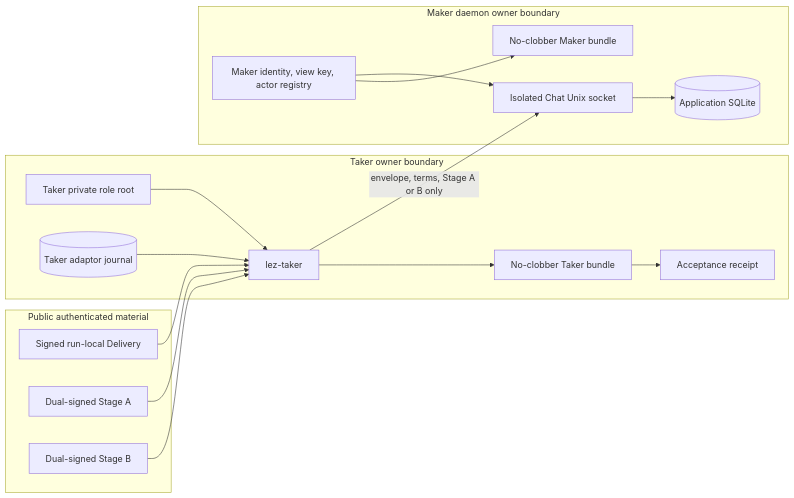
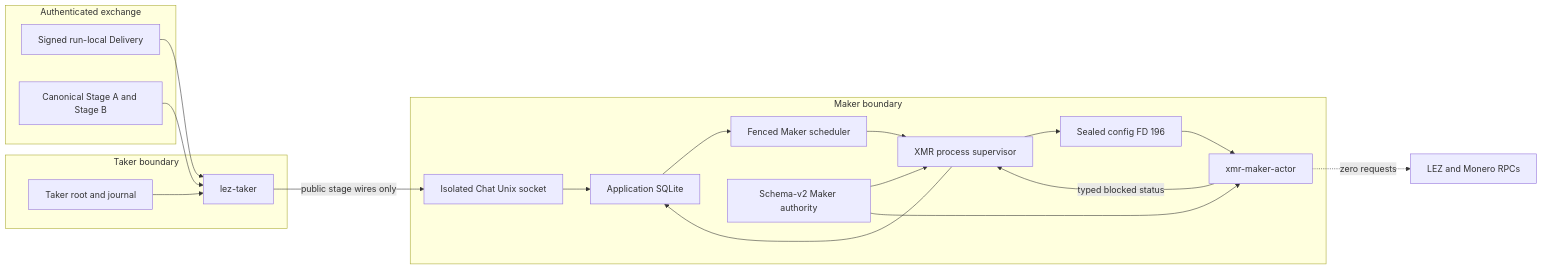
One commit to gateway-fm/lez-atomic-swaps changed the first of 3 diagrams in docs/architecture/0113-hand-off-xmr-stage-material-by-role.md. Above: the diagram before and after it, drawn with Mermaid. The commit also changed other lines of this file and 19 other files, not shown here.

Commit message:
feat(m5): supervise sealed XMR authority

````diff
--- a/docs/architecture/0113-hand-off-xmr-stage-material-by-role.md
+++ b/docs/architecture/0113-hand-off-xmr-stage-material-by-role.md
@@ -57,35 +85,37 @@
 ```mermaid
 flowchart LR
-    subgraph TakerHost["Taker owner boundary"]
+    subgraph TakerHost["Taker boundary"]
         TakerCli["lez-taker"]
-        TakerRoot["Taker private role root"]
-        TakerJournal[("Taker adaptor journal")]
-        TakerBundle["No-clobber Taker bundle"]
-        Receipt["Acceptance receipt"]
+        TakerAuthority["Taker root and journal"]
     end
 
-    subgraph PublicExchange["Public authenticated material"]
+    subgraph Exchange["Authenticated exchange"]
         Delivery["Signed run-local Delivery"]
-        StageA["Dual-signed Stage A"]
-        StageB["Dual-signed Stage B"]
+        Stages["Canonical Stage A and Stage B"]
     end
 
-    subgraph MakerHost["Maker daemon owner boundary"]
+    subgraph MakerHost["Maker boundary"]
         Chat["Isolated Chat Unix socket"]
-        MakerAuthority["Maker identity, view key, actor registry"]
-        MakerStore[("Application SQLite")]
-        MakerBundle["No-clobber Maker bundle"]
+        Store["Application SQLite"]
+        Scheduler["Fenced Maker scheduler"]
+        Supervisor["XMR process supervisor"]
+        Memfd["Sealed config FD 196"]
+        Actor["xmr-maker-actor"]
+        Authority["Schema-v2 Maker authority"]
     end
 
     Delivery --> TakerCli
-    TakerRoot --> TakerCli
-    TakerJournal --> TakerCli
-    StageA --> TakerCli
-    StageB --> TakerCli
-    TakerCli -->|"envelope, terms, Stage A or B only"| Chat
-    MakerAuthority --> Chat
-    Chat --> MakerStore
-    TakerCli --> TakerBundle
-    TakerBundle --> Receipt
-    MakerAuthority --> MakerBundle
+    Stages --> TakerCli
+    TakerAuthority --> TakerCli
+    TakerCli -->|"public stage wires only"| Chat
+    Chat --> Store
+    Store --> Scheduler
+    Authority --> Supervisor
+    Scheduler --> Supervisor
+    Supervisor --> Memfd
+    Memfd --> Actor
+    Authority --> Actor
+    Actor -->|"typed blocked status"| Supervisor
+    Supervisor --> Store
+    Actor -.->|"zero requests"| ChainRpc["LEZ and Monero RPCs"]
 ```
````
